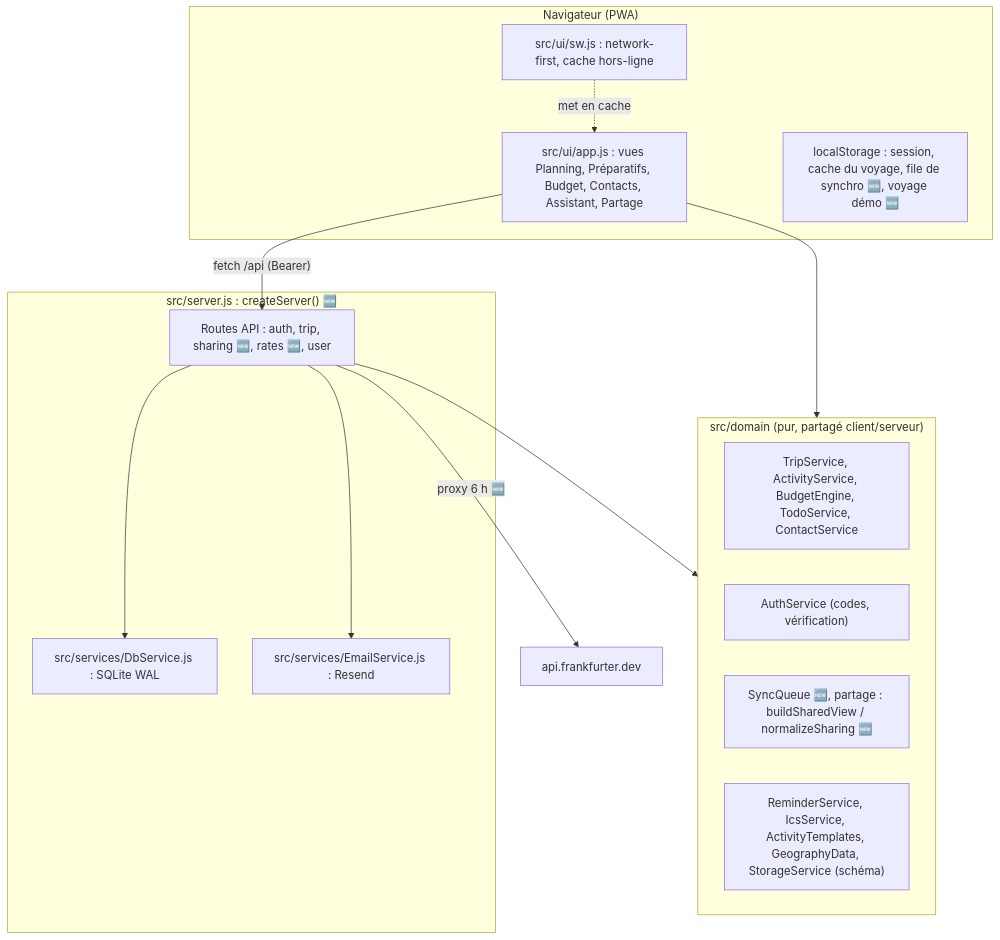
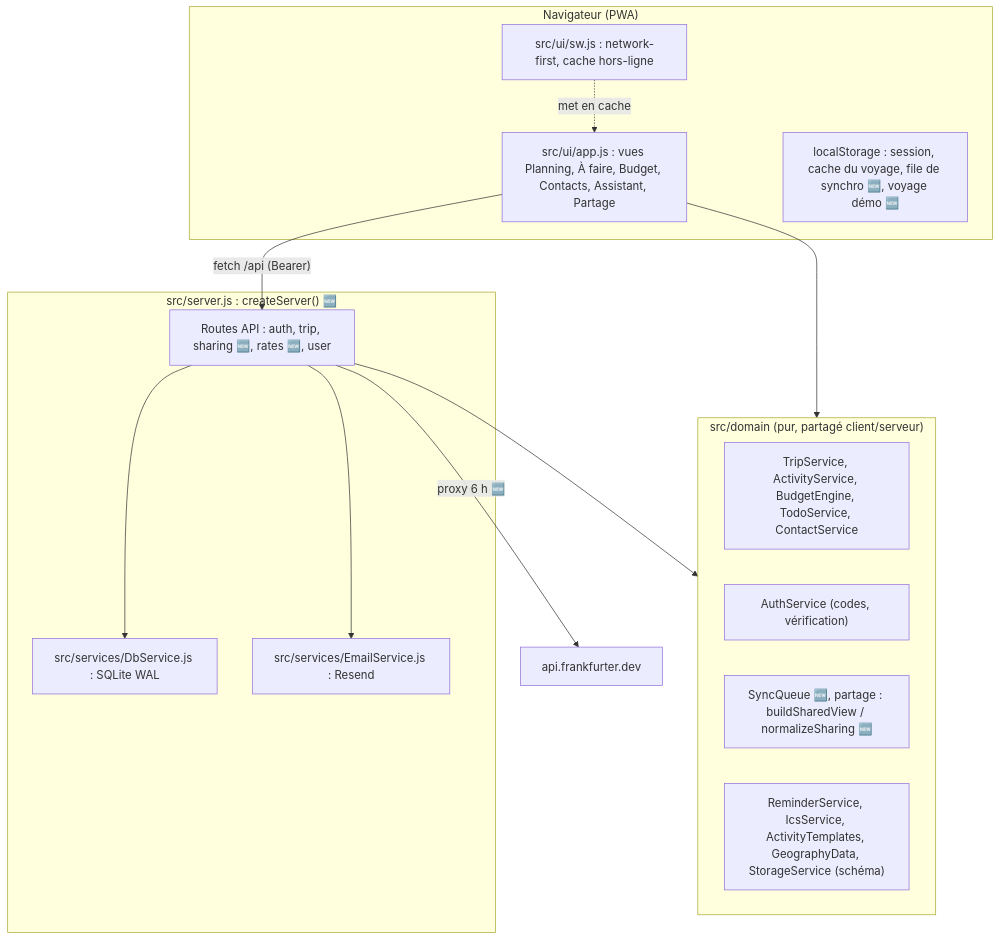
One commit to stevefofou9-tech/capvoyage changed the diagram in docs/architecture_technique.md. Above: the diagram before and after it, drawn with Mermaid. The commit also changed 8 other files, not shown here.

````diff
--- a/docs/architecture_technique.md
+++ b/docs/architecture_technique.md
@@ -18,26 +18,26 @@
 ```mermaid
 flowchart TD
     subgraph Client ["Navigateur (PWA)"]
-        UI["src/ui/app.js : vues Planning, Préparatifs, Budget, Contacts, Assistant, Partage"]
+        UI["src/ui/app.js : vues Planning, À faire, Budget, Contacts, Assistant, Partage"]
         SW["src/ui/sw.js : network-first, cache hors-ligne"]
         LS["localStorage : session, cache du voyage, file de synchro 🆕, voyage démo 🆕"]
     end
     subgraph Domain ["src/domain (pur, partagé client/serveur)"]
         D1["TripService, ActivityService, BudgetEngine, TodoService, ContactService"]
         D2["AuthService (codes, vérification)"]
         D3["SyncQueue 🆕, partage : buildSharedView / normalizeSharing 🆕"]
         D4["ReminderService, IcsService, ActivityTemplates, GeographyData, StorageService (schéma)"]
     end
     subgraph Server ["src/server.js : createServer() 🆕"]
         R["Routes API : auth, trip, sharing 🆕, rates 🆕, user"]
         DB["src/services/DbService.js : SQLite WAL"]
         EM["src/services/EmailService.js : Resend"]
     end
     UI --> Domain
     UI -- "fetch /api (Bearer)" --> R
     SW -. "met en cache" .-> UI
     R --> Domain
     R --> DB
     R --> EM
     R -- "proxy 6 h 🆕" --> FX["api.frankfurter.dev"]
 ```
````
